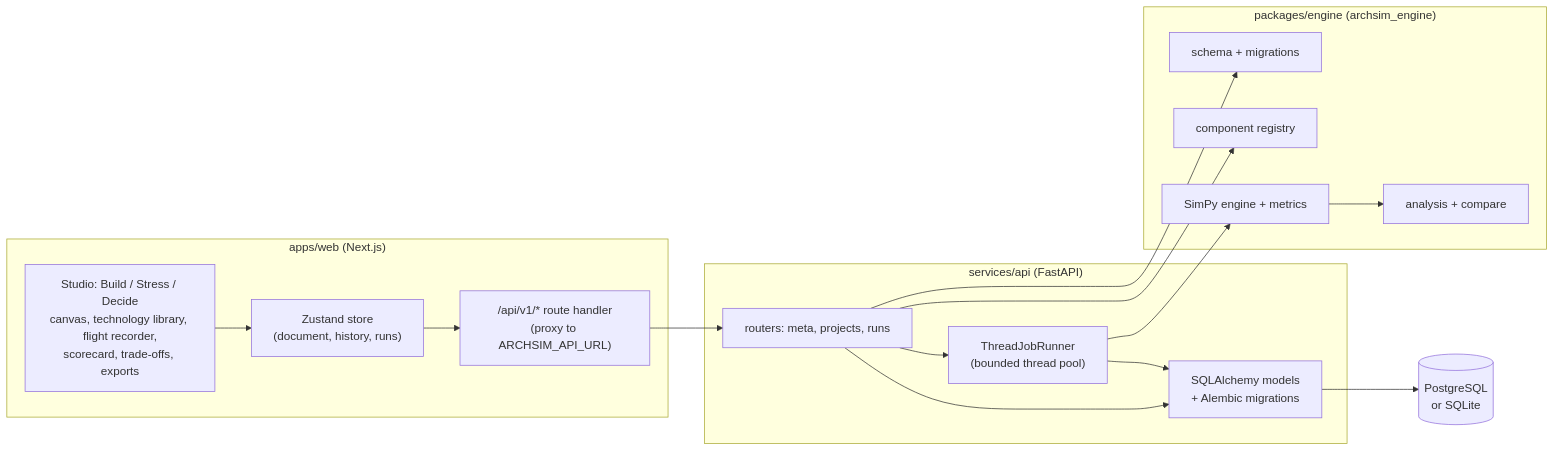
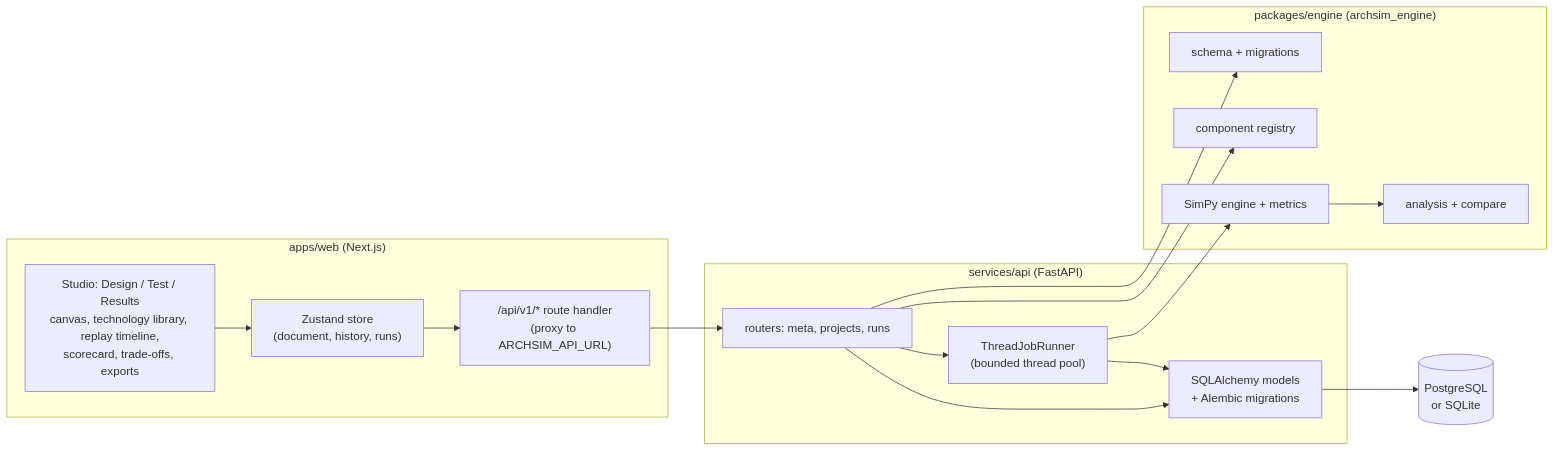
One commit to dante0747/archsim changed the first of 2 diagrams in docs/architecture.md. Above: the diagram before and after it, drawn with Mermaid. The commit also changed 31 other files, not shown here.

````diff
--- a/docs/architecture.md
+++ b/docs/architecture.md
@@ -6,27 +6,27 @@
 ```mermaid
 flowchart LR
   subgraph web["apps/web (Next.js)"]
-    UI["Studio: Build / Stress / Decide<br/>canvas, technology library, flight recorder,<br/>scorecard, trade-offs, exports"]
+    UI["Studio: Design / Test / Results<br/>canvas, technology library, replay timeline,<br/>scorecard, trade-offs, exports"]
     Store["Zustand store<br/>(document, history, runs)"]
     Proxy["/api/v1/* route handler<br/>(proxy to ARCHSIM_API_URL)"]
   end
   subgraph api["services/api (FastAPI)"]
     Routers["routers: meta, projects, runs"]
     Jobs["ThreadJobRunner<br/>(bounded thread pool)"]
     ORM["SQLAlchemy models<br/>+ Alembic migrations"]
   end
   subgraph engine["packages/engine (archsim_engine)"]
     Schema["schema + migrations"]
     Registry["component registry"]
     Sim["SimPy engine + metrics"]
     Analysis["analysis + compare"]
   end
   DB[("PostgreSQL<br/>or SQLite")]
   UI --> Store --> Proxy --> Routers
   Routers --> Jobs --> Sim
   Routers --> Schema
   Routers --> Registry
   Routers --> ORM --> DB
   Jobs --> ORM
   Sim --> Analysis
 ```
````
